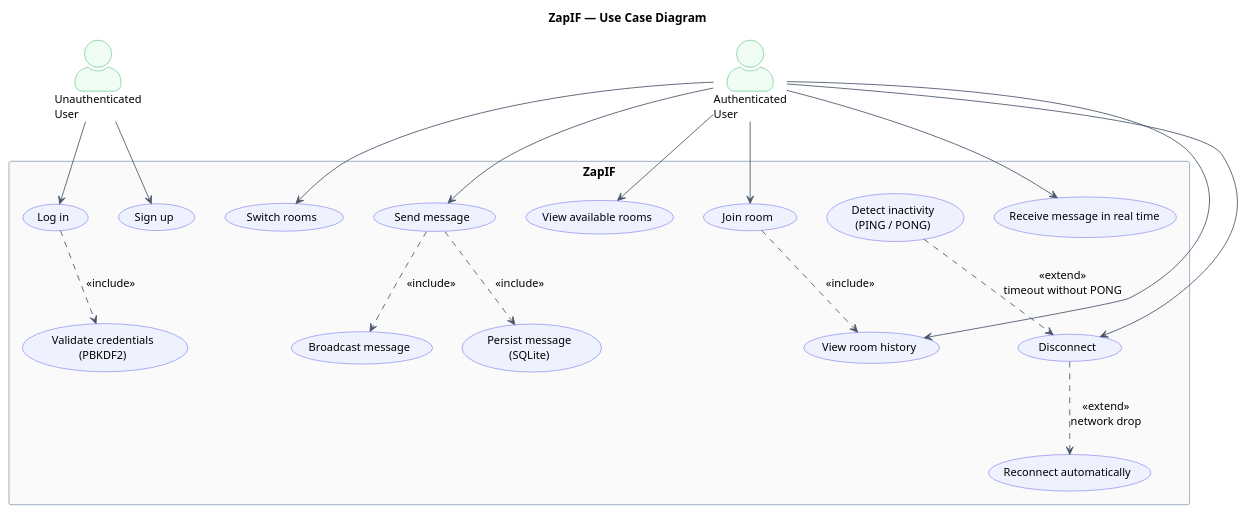
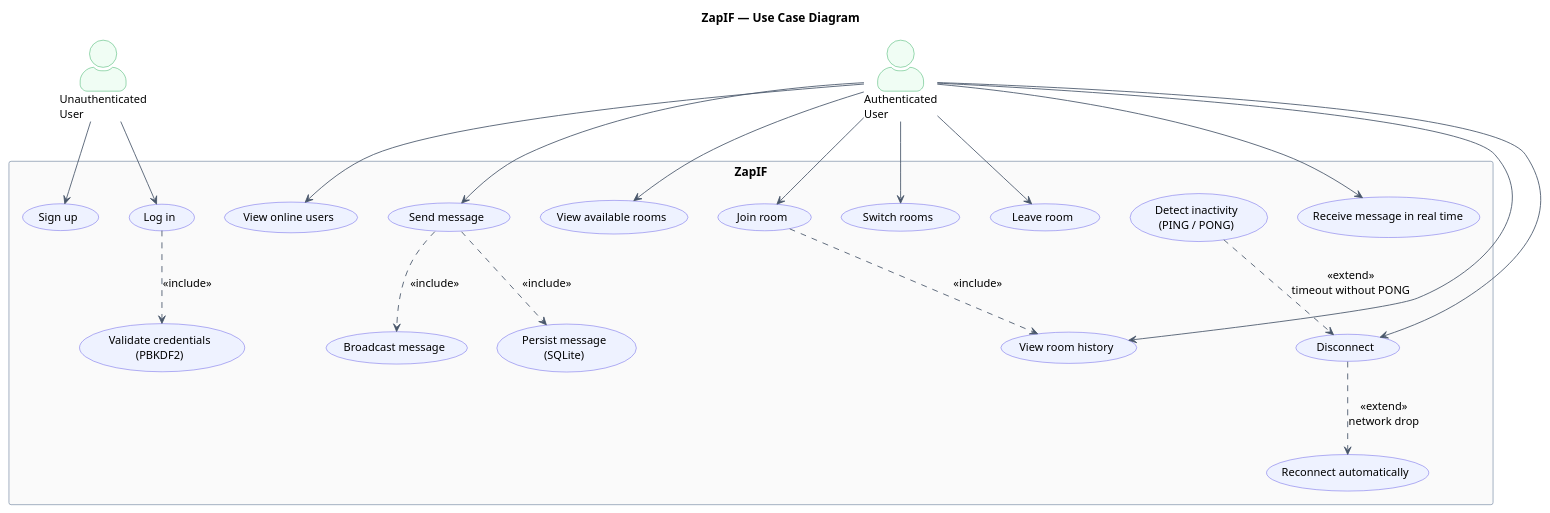
One commit to ErickHTF/ZapIF changed the diagram in uml/puml/caso_de_uso.puml. Above: the diagram before and after it, drawn with PlantUML. The commit also changed 3 other files, not shown here.

```diff
--- a/uml/puml/caso_de_uso.puml
+++ b/uml/puml/caso_de_uso.puml
@@ -1,77 +1,81 @@
 @startuml caso_de_uso
 title ZapIF — Use Case Diagram
 
 skinparam actorStyle awesome
 skinparam usecase {
     BackgroundColor #EEF2FF
     BorderColor     #4F46E5
     FontSize        13
 }
 skinparam actor {
     BackgroundColor #F0FDF4
     BorderColor     #16A34A
     FontSize        13
 }
 skinparam rectangle {
     BackgroundColor #FAFAFA
     BorderColor     #94A3B8
 }
 skinparam ArrowColor #475569
 skinparam Shadowing false
 
 ' ── Actors ────────────────────────────────────────────────────────
 actor "Unauthenticated\nUser" as Anonimo
 actor "Authenticated\nUser"     as Autenticado
 
 ' ── System ───────────────────────────────────────────────────────
 rectangle "ZapIF" {
 
     ' Pre-login
     usecase "Sign up" as UC01
     usecase "Log in"          as UC02
 
     ' Post-login — navigation
     usecase "View available rooms"         as UC03
     usecase "Join room"                    as UC04
     usecase "Switch rooms"                 as UC08
+    usecase "Leave room"                   as UC15
+    usecase "View online users"            as UC16
 
     ' Post-login — messages
     usecase "Send message"                   as UC05
     usecase "Receive message in real time"   as UC06
     usecase "View room history"              as UC07
 
     ' Connection
     usecase "Disconnect"               as UC09
     usecase "Reconnect automatically"  as UC14
 
     ' Internal server behavior (include/extend)
     usecase "Validate credentials\n(PBKDF2)"         as UC10
     usecase "Persist message\n(SQLite)"           as UC11
     usecase "Broadcast message"       as UC12
     usecase "Detect inactivity\n(PING / PONG)"    as UC13
 }
 
 ' ── Unauthenticated User associations ─────────────────────────────
 Anonimo --> UC01
 Anonimo --> UC02
 
 ' ── Authenticated User associations ─────────────────────────────
 Autenticado --> UC03
 Autenticado --> UC04
 Autenticado --> UC05
 Autenticado --> UC06
 Autenticado --> UC07
 Autenticado --> UC08
 Autenticado --> UC09
+Autenticado --> UC15
+Autenticado --> UC16
 
 ' ── Include (mandatory behavior) ─────────────────────────────────
 UC02 ..> UC10 : <<include>>
 UC05 ..> UC11 : <<include>>
 UC05 ..> UC12 : <<include>>
 UC04 ..> UC07 : <<include>>
 
 ' ── Extend (conditional behavior) ─────────────────────────────────
 UC09 ..> UC14 : <<extend>>\nnetwork drop
 UC13 ..> UC09 : <<extend>>\ntimeout without PONG
 
 @enduml
```
